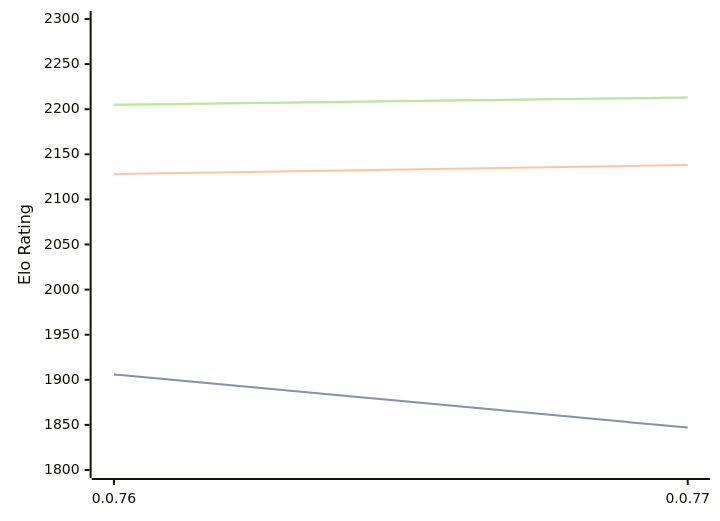
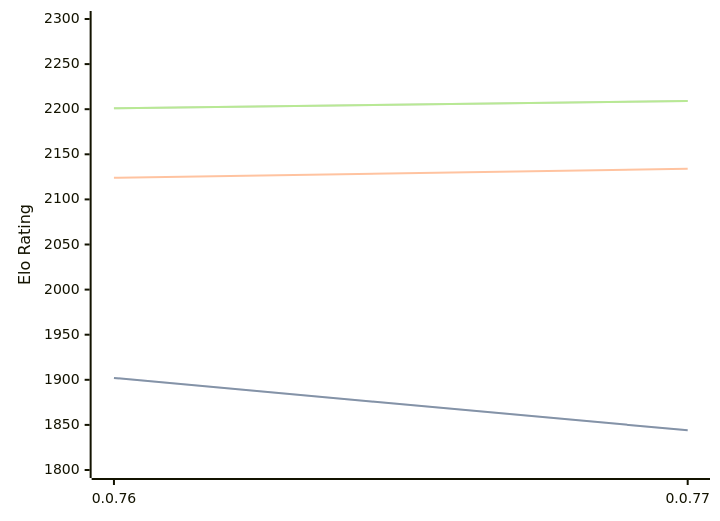
One commit to computer-chess-index/cci changed the third of 3 diagrams in engines/Fktb.md. Above: the diagram before and after it, drawn with Mermaid. The commit also changed other lines of this file, not shown here.

Commit message:
Update CCI Ratings (ELO VLTC) - 2026-07-16

````diff
--- a/engines/Fktb.md
+++ b/engines/Fktb.md
@@ -65,11 +65,11 @@
 ```mermaid
 %%{init: {"theme":"base","themeVariables":{"seriesColors:['#a3a3a3','#222221','#faa371']}}}%%
 xychart-beta
   x-axis ["0.0.76", "0.0.77"]
   y-axis "Elo Rating" 1800 --> 2300
-  line "STC (8.0+0.08s)" [1906, 1847]
-  line "STC (8.0+0.08s)" [1906, 1847]
-  line "LTC (60.0+0.60s)" [2128, 2138]
-  line "VLTC (2m24s+1.12s)" [2205, 2213]
-  line "VLTC (2m24s+1.12s)" [2205, 2213]
+  line "STC (8.0+0.08s)" [1902, 1844]
+  line "STC (8.0+0.08s)" [1902, 1844]
+  line "LTC (60.0+0.60s)" [2124, 2134]
+  line "VLTC (2m24s+1.12s)" [2201, 2209]
+  line "VLTC (2m24s+1.12s)" [2201, 2209]
 ```
````
